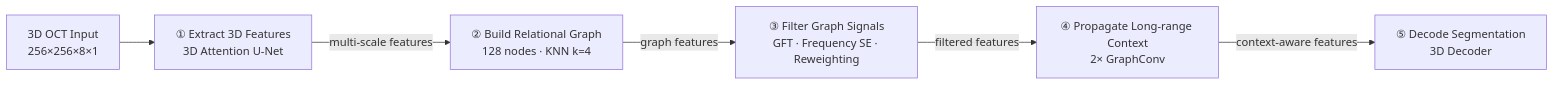
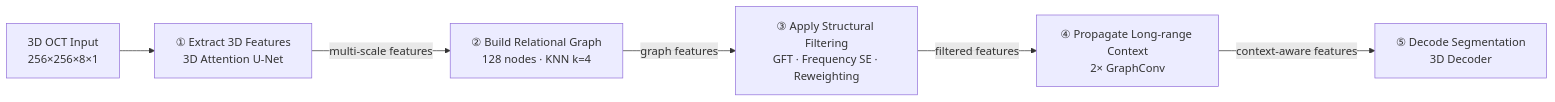
Before and after one commit to ChengYuChing/3D-DLimage-segmentation: the fifth of 6 diagrams in README.md, drawn with Mermaid. The commit also changed other lines of this file, not shown here.

````diff
--- a/README.md
+++ b/README.md
@@ -231,15 +231,15 @@
 ```mermaid
 flowchart LR
     A["3D OCT Input<br/>256×256×8×1"]
     B["① Extract 3D Features<br/>3D Attention U-Net"]
     C["② Build Relational Graph<br/>128 nodes · KNN k=4"]
-    D["③ Filter Graph Signals<br/>GFT · Frequency SE · Reweighting"]
+    D["③ Apply Structural Filtering<br/>GFT · Frequency SE · Reweighting"]
     E["④ Propagate Long-range Context<br/>2× GraphConv"]
     F["⑤ Decode Segmentation<br/>3D Decoder"]
 
     A --> B
     B -->|"multi-scale features"| C
     C -->|"graph features"| D
     D -->|"filtered features"| E
     E -->|"context-aware features"| F
 ```
````
